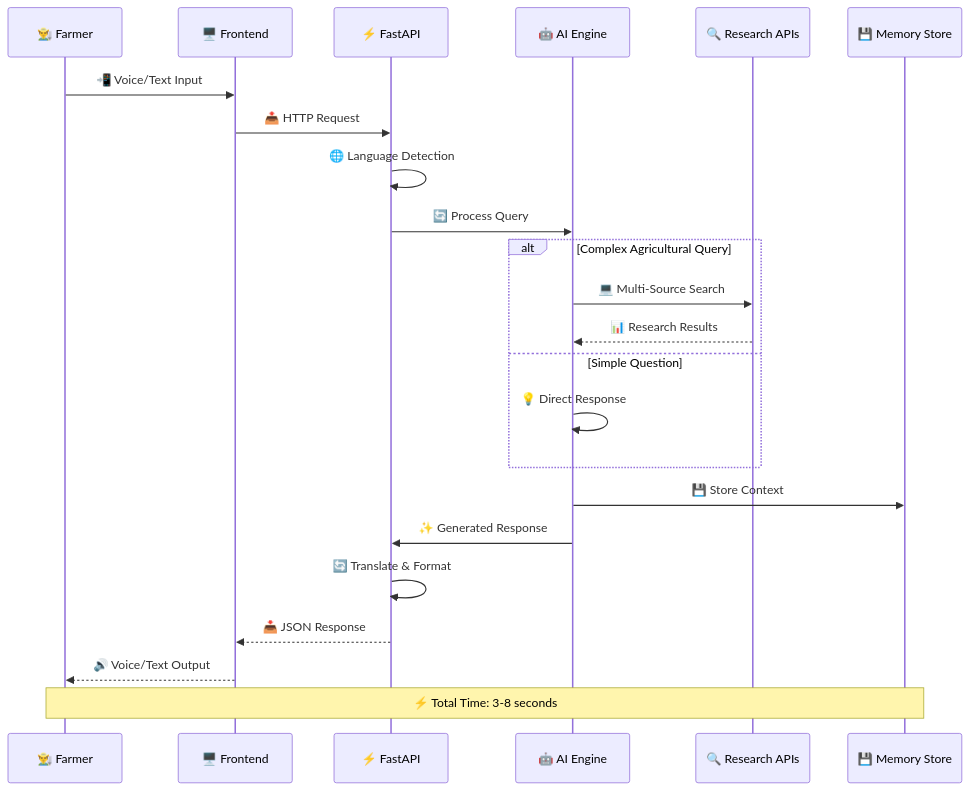
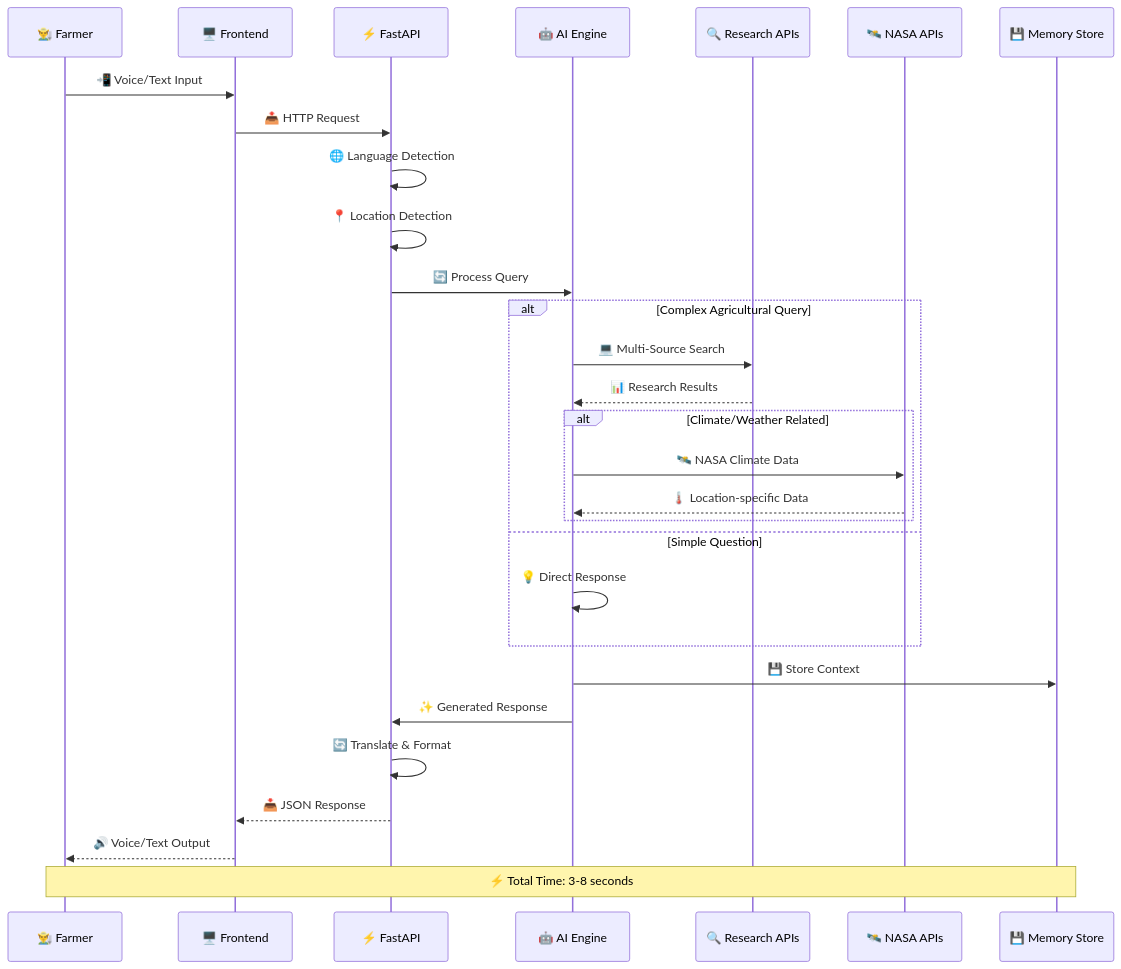
The third of 4 diagrams in README.md (Rafi-uzzaman/RootSource), drawn with Mermaid before and after one commit. The commit also changed other lines of this file and 3 other files, not shown here.

First line of the commit message:
feat: Add NASA dataset integration and location-based insights

````diff
--- a/README.md
+++ b/README.md
@@ -374,29 +423,36 @@
 ```mermaid
 sequenceDiagram
     participant F as 👨‍🌾 Farmer
     participant UI as 🖥️ Frontend
     participant API as ⚡ FastAPI
     participant AI as 🤖 AI Engine
     participant R as 🔍 Research APIs
+    participant N as 🛰️ NASA APIs
     participant DB as 💾 Memory Store
     
     F->>UI: 📲 Voice/Text Input
     UI->>API: 📤 HTTP Request
     API->>API: 🌐 Language Detection
+    API->>API: 📍 Location Detection
     API->>AI: 🔄 Process Query
     
     alt Complex Agricultural Query
         AI->>R: 💻 Multi-Source Search
         R-->>AI: 📊 Research Results
+        
+        alt Climate/Weather Related
+            AI->>N: 🛰️ NASA Climate Data
+            N-->>AI: 🌡️ Location-specific Data
+        end
     else Simple Question
         AI->>AI: 💡 Direct Response
     end
     
     AI->>DB: 💾 Store Context
     AI->>API: ✨ Generated Response
     API->>API: 🔄 Translate & Format
     API-->>UI: 📥 JSON Response
     UI-->>F: 🔊 Voice/Text Output
     
     Note over F,DB: ⚡ Total Time: 3-8 seconds
 ```
````
